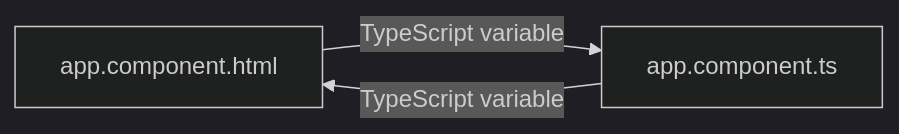
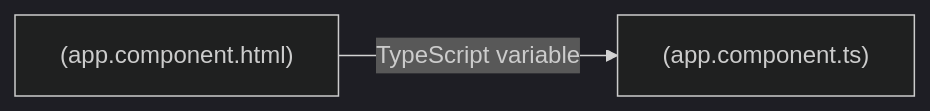
Before and after one commit to andermoran/AngularAdvice: the second of 2 diagrams in README.md, drawn with Mermaid (dark theme). The commit also changed other lines of this file, not shown here.

````diff
--- a/README.md
+++ b/README.md
@@ -98,5 +98,4 @@
 ```mermaid
 graph LR
-html[app.component.html] -- TypeScript variable --> ts[app.component.ts]
-ts[app.component.ts] -- TypeScript variable --> html[app.component.html]
+html["(app.component.html)"] -- TypeScript variable --> ts["(app.component.ts)"]
 ```
````
